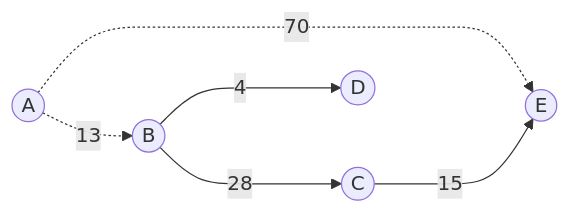
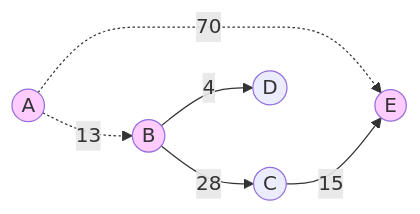
One commit to dmjcb/SelfBlog changed the second of 4 diagrams in DataStructures/Graph/SPFA最短路.md. Above: the diagram before and after it, drawn with Mermaid. The commit also changed other lines of this file and 5 other files, not shown here.

````diff
--- a/DataStructures/Graph/SPFA最短路.md
+++ b/DataStructures/Graph/SPFA最短路.md
@@ -52,8 +54,19 @@
 ```mermaid
 graph LR
-    a((A))-.13.->b((B))
-    a((A))-.70.->e((E))
-    b((B))--28--->c((C))
-    b((B))--4--->d((D))
-    c((C))--15--->e((E))
+    A((A))
+    B((B))
+    C((C))
+    D((D))
+    E((E))
+
+    A -.13-.-> B
+    A -.70-.-> E
+    B --28--> C
+    B --4--> D
+    C --15--> E
+
+    A:::Style
+    B:::Style
+    E:::Style
+    classDef Style fill:#FFCCFF
 ```
````
